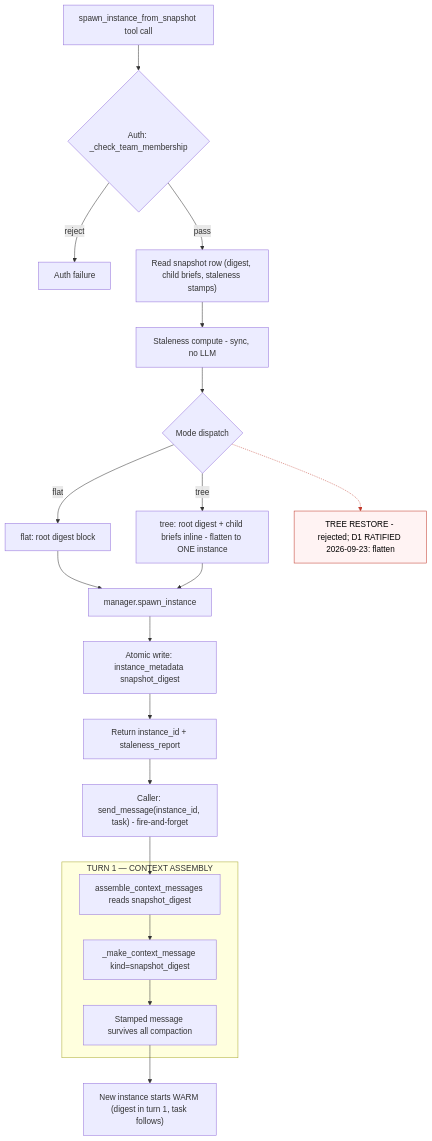
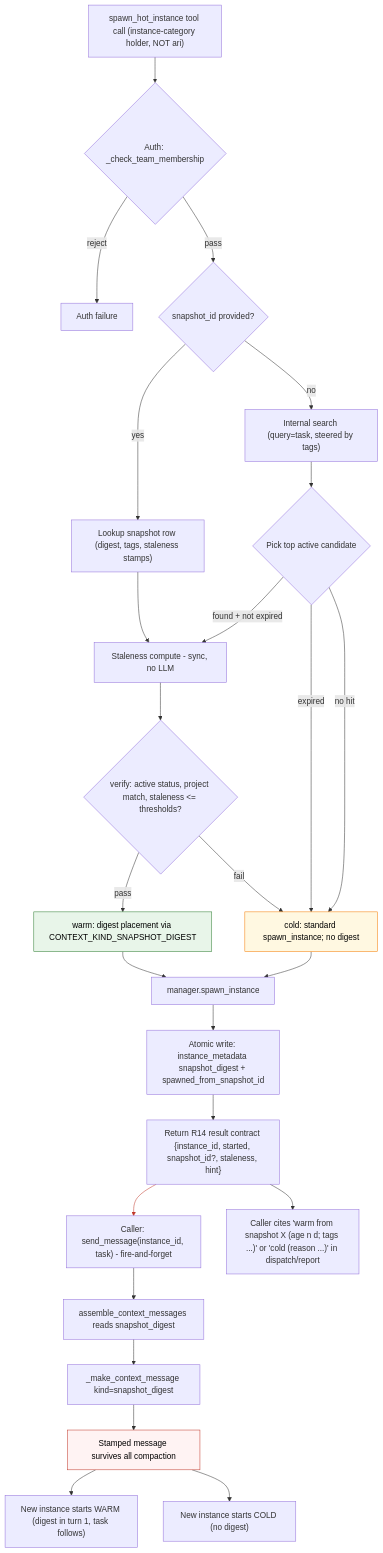
The third of 3 diagrams in .agents/shared/planning/agent-snapshot/design-exploration.md (disillusioners/ensemble), drawn with Mermaid before and after one commit. The commit also changed other lines of this file and 2 other files, not shown here.

Commit message:
docs(plan): agent-snapshot Rev 5 — v1 ratification fold-in (per-instance pivot, tags, spawn_hot_instance, R6-R16)

````diff
--- a/.agents/shared/planning/agent-snapshot/design-exploration.md
+++ b/.agents/shared/planning/agent-snapshot/design-exploration.md
@@ -312,59 +358,69 @@
 ```mermaid
 flowchart TD
-    %% Entry — spawn_instance_from_snapshot(snapshot_id, mode, agent_id, task)
-    C1["spawn_instance_from_snapshot tool call"]
+    %% Entry — spawn_hot_instance(agent_id, task, snapshot_id=None, tags=[], verify=metadata) — R13+R14
+    C1["spawn_hot_instance tool call (instance-category holder, NOT ari)"]
     %% tools/instance.py:663
     A1{"Auth: _check_team_membership"}
     X1["Auth failure"]
-    R1["Read snapshot row (digest, child briefs, staleness stamps)"]
+    %% R14 explicit-id branch
+    E1{"snapshot_id provided?"}
+    R1["Lookup snapshot row (digest, tags, staleness stamps)"]
     %% age_days + runtime version + post-capture-advance (default) / git HEAD compare (opt-in verify=git) — no LLM
     S1["Staleness compute - sync, no LLM"]
-    M1{"Mode dispatch"}
-    F1["flat: root digest block"]
-    %% children flattened to briefs — NEVER re-spawned (D1 ratified 2026-09-23)
-    TR1["tree: root digest + child briefs inline - flatten to ONE instance"]
+    V1{"verify: active status, project match, staleness <= thresholds?"}
+    E2["Internal search (query=task, steered by tags)"]
+    %% R8 tag_mode=all|any default all
+    PICK{"Pick top active candidate"}
+    WARM["warm: digest placement via CONTEXT_KIND_SNAPSHOT_DIGEST"]
+    COLD["cold: standard spawn_instance; no digest"]
     %% manager.py:6870 — existing spawn lane, unchanged (D1 hard requirement)
     SP1["manager.spawn_instance"]
-    %% manager.py:3774 set_metadata_many
-    AW1["Atomic write: instance_metadata snapshot_digest"]
-    RET1["Return instance_id + staleness_report"]
-    %% workflow.md:660-681
+    %% manager.py:3774 set_metadata_many (snapshot_digest + spawned_from_snapshot_id — R6b)
+    AW1["Atomic write: instance_metadata snapshot_digest + spawned_from_snapshot_id"]
+    RET1["Return R14 result contract {instance_id, started, snapshot_id?, staleness, hint}"]
+    %% R15: spawn_hot_instance is always-on; OFF only affects write-side (snapshot_create)
     SM1["Caller: send_message(instance_id, task) - fire-and-forget"]
     %% context_messages.py:1589
     AC["assemble_context_messages reads snapshot_digest"]
     %% stable id snapshot_digest:{iid} — escape FIRST, then ~25k-token hard ceiling (D6)
     MC["_make_context_message kind=snapshot_digest"]
     %% compaction.py:108-152 hoisted bucket — verified all five mutation paths
     SC["Stamped message survives all compaction"]
-    W1["New instance starts WARM (digest in turn 1, task follows)"]
-    %% tools/instance.py:686 — no task, watcher never registers, parent gate never flips
-    RJ["TREE RESTORE - rejected; D1 RATIFIED 2026-09-23: flatten"]
-
-    subgraph TURN1["TURN 1 — CONTEXT ASSEMBLY"]
-        AC
-        MC
-        SC
-    end
+    W1A["New instance starts WARM (digest in turn 1, task follows)"]
+    W1C["New instance starts COLD (no digest)"]
+    %% R14 hint: warm-cold citation contract
+    HINT["Caller cites 'warm from snapshot X (age n d; tags ...)' or 'cold (reason ...)' in dispatch/report"]
 
     C1 --> A1
-    A1 -->|"pass"| R1
+    A1 -->|"pass"| E1
     A1 -->|"reject"| X1
+    E1 -->|"yes"| R1
+    E1 -->|"no"| E2
     R1 --> S1
-    S1 --> M1
-    M1 -->|"flat"| F1
-    M1 -->|"tree"| TR1
-    F1 --> SP1
-    TR1 --> SP1
+    S1 --> V1
+    V1 -->|"pass"| WARM
+    V1 -->|"fail"| COLD
+    E2 --> PICK
+    PICK -->|"found + not expired"| S1
+    PICK -->|"expired"| COLD
+    PICK -->|"no hit"| COLD
+    WARM --> SP1
+    COLD --> SP1
     SP1 --> AW1
     AW1 --> RET1
     RET1 --> SM1
     SM1 --> AC
     AC --> MC
     MC --> SC
-    SC --> W1
-    M1 -.-> RJ
+    SC --> W1A
+    SC --> W1C
+    RET1 --> HINT
 
-    linkStyle 16 stroke:#c0392b
+    linkStyle 17 stroke:#c0392b
     classDef rejected fill:#fff3f3,stroke:#c0392b,color:#000000
-    class RJ rejected
+    classDef warm fill:#e8f5e9,stroke:#2e7d32,color:#000000
+    classDef cold fill:#fff8e1,stroke:#f57c00,color:#000000
+    class WARM warm
+    class COLD cold
+    class SC rejected
 ```
````
